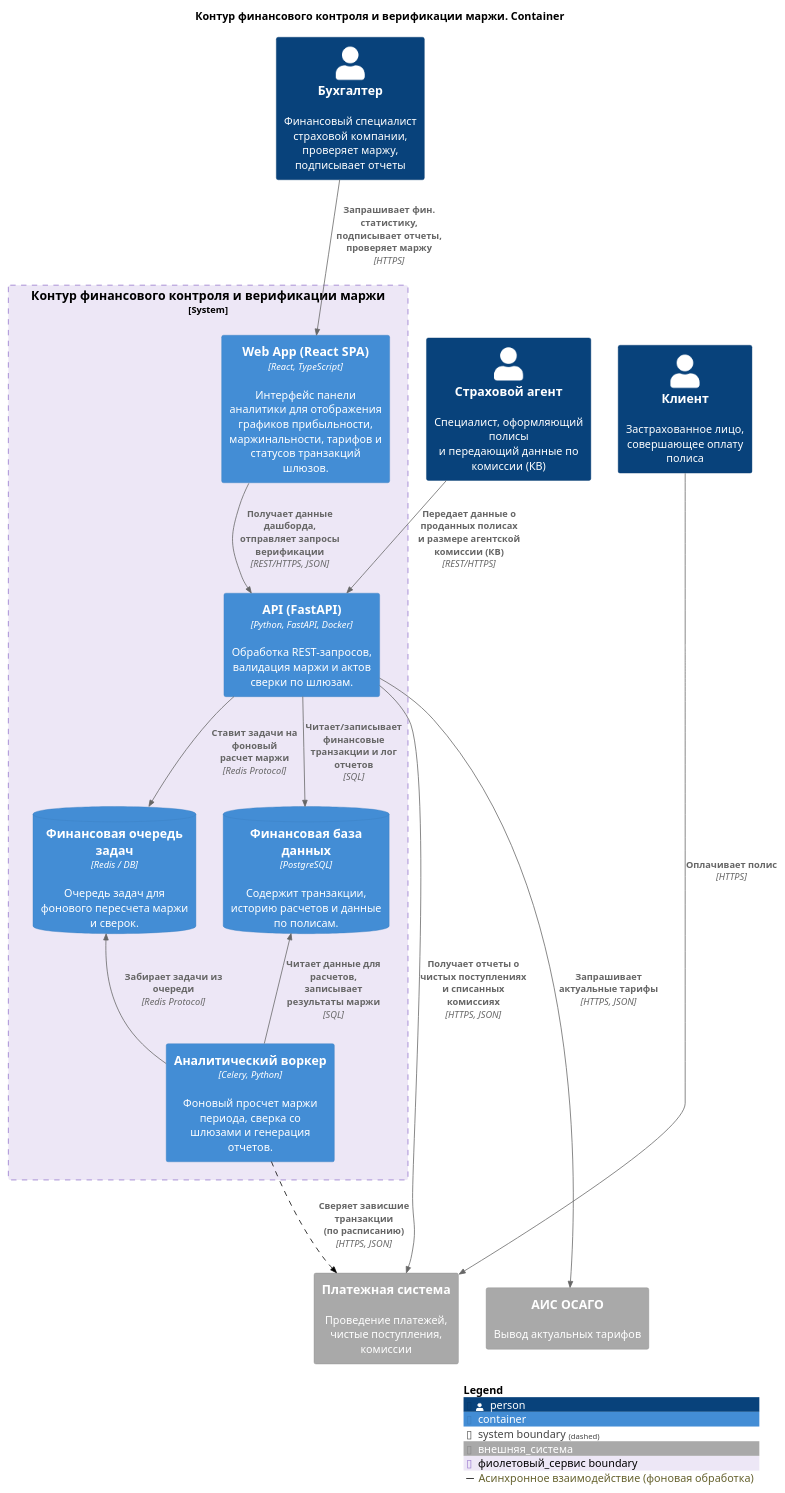
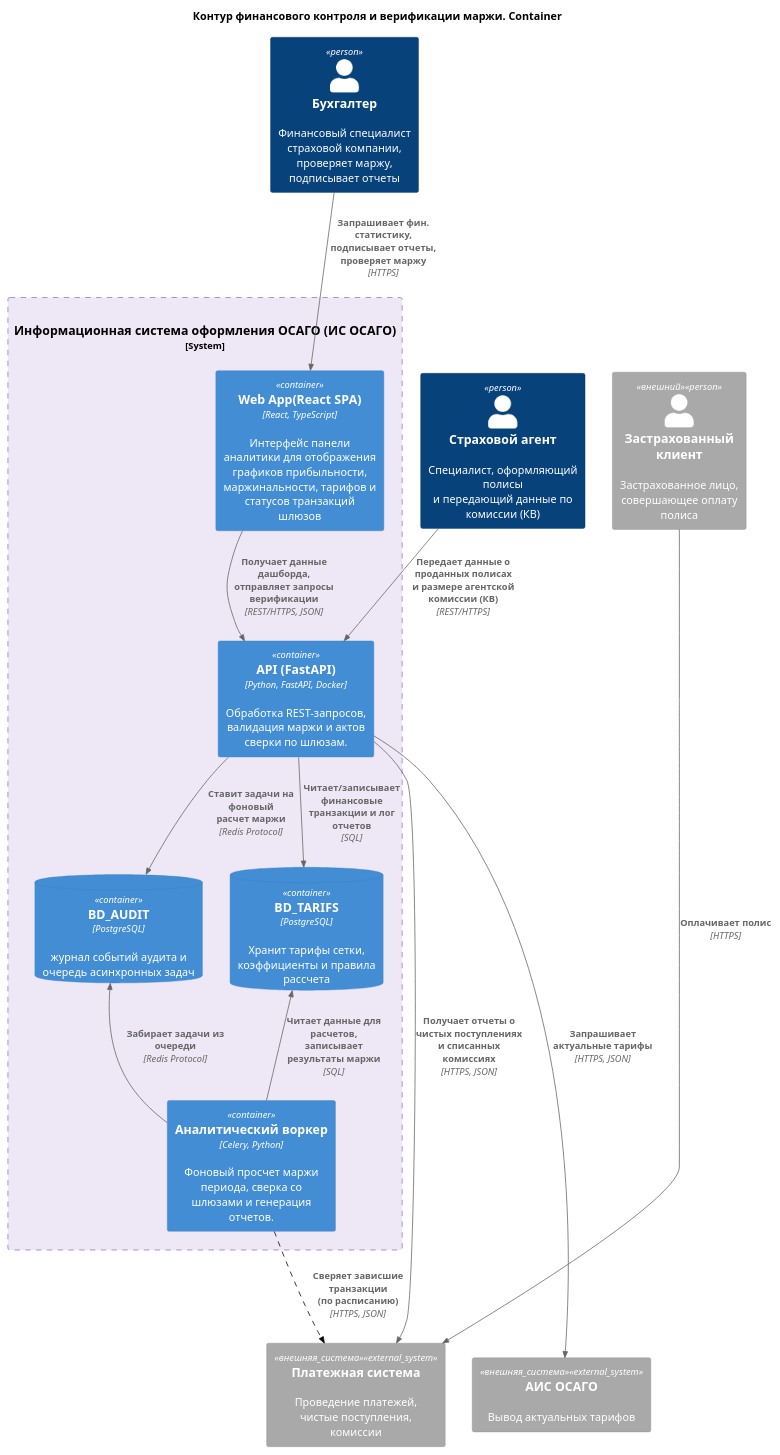
Before and after one commit to ElectricLight-ELO/Insurance-system: the diagram in docs_and_diagrams/Misha/container.puml, drawn with PlantUML.

Commit message:
brusghalter
yes

```diff
--- a/docs_and_diagrams/Misha/container.puml
+++ b/docs_and_diagrams/Misha/container.puml
@@ -1,73 +1,70 @@
 @startuml
 !include https://raw.githubusercontent.com/plantuml-stdlib/C4-PlantUML/master/C4_Container.puml
 
 title Контур финансового контроля и верификации маржи. Container
 
 ' === НАСТРОЙКА ЦВЕТОВ ===
 AddSystemTag("внешняя_система", $bgColor="#A9A9A9", $borderColor="#8A8A8A", $fontColor="#FFFFFF")
 AddBoundaryTag("фиолетовый_сервис", $bgColor="#EDE7F6", $borderColor="#9575CD", $fontColor="#000000")
 AddRelTag("пунктир", $lineStyle=DashedLine(), $lineColor="#000000", $legendText="Асинхронное взаимодействие (фоновая обработка)")
 
+AddPersonTag("внешний", $bgColor="#A9A9A9", $borderColor="#8A8A8A", $fontColor="#FFFFFF")
+AddSystemTag("внешняя_система", $bgColor="#A9A9A9", $borderColor="#8A8A8A", $fontColor="#FFFFFF")
+
 ' === ЭЛЕМЕНТЫ (Три актора) ===
 Person(accountant, "Бухгалтер", "Финансовый специалист страховой компании,\nпроверяет маржу, подписывает отчеты")
 Person(agent, "Страховой агент", "Специалист, оформляющий полисы\nи передающий данные по комиссии (КВ)")
-Person(client, "Клиент", "Застрахованное лицо,\nсовершающее оплату полиса")
+Person(client, "Застрахованный клиент", "Застрахованное лицо,\nсовершающее оплату полиса", $tags="внешний")
 
-System_Boundary(finance_service, "Контур финансового контроля и верификации маржи", $tags="фиолетовый_сервис") {
-
-    Container(web_app, "Web App (React SPA)", "React, TypeScript", "Интерфейс панели аналитики для отображения графиков прибыльности, маржинальности, тарифов и статусов транзакций шлюзов.")
-
+System_Boundary(finance_service, "Информационная система оформления ОСАГО (ИС ОСАГО)", $tags="фиолетовый_сервис") {
+    Container(web_app, "Web App(React SPA)", "React, TypeScript", "Интерфейс панели аналитики для отображения графиков прибыльности, маржинальности, тарифов и статусов транзакций шлюзов")
     Container(api, "API (FastAPI)", "Python, FastAPI, Docker", "Обработка REST-запросов, валидация маржи и актов сверки по шлюзам.")
-
-    ContainerDb(database, "Финансовая база данных", "PostgreSQL", "Содержит транзакции, историю расчетов и данные по полисам.")
-
-    ContainerDb(queue_db, "Финансовая очередь задач", "Redis / DB", "Очередь задач для фонового пересчета маржи и сверок.")
-
+    ContainerDb(database, "BD_TARIFS", "PostgreSQL", "Хранит тарифы сетки, коэффициенты и правила рассчета")
+    ContainerDb(queue_db, "BD_AUDIT", "PostgreSQL", "журнал событий аудита и очередь асинхронных задач")
     Container(worker, "Аналитический воркер", "Celery, Python", "Фоновый просчет маржи периода, сверка со шлюзами и генерация отчетов.")
 }
 
 ' Внешние системы (серые, внизу)
 System_Ext(payment_sys, "Платежная система", "Проведение платежей, чистые поступления, комиссии", $tags="внешняя_система")
 System_Ext(ais_osago, "АИС ОСАГО", "Вывод актуальных тарифов", $tags="внешняя_система")
 
 ' === СВЯЗИ ===
 
 ' Персоны -> Система
 Rel(accountant, web_app, "Запрашивает фин. статистику,\nподписывает отчеты, проверяет маржу", "HTTPS")
 Rel(agent, api, "Передает данные о проданных полисах\nи размере агентской комиссии (КВ)", "REST/HTTPS")
 Rel(client, payment_sys, "Оплачивает полис", "HTTPS")
 
 ' Фронтенд -> API
 Rel(web_app, api, "Получает данные дашборда,\nотправляет запросы верификации", "REST/HTTPS, JSON")
 
 ' API -> внутренние хранилища
 Rel(api, database, "Читает/записывает финансовые\nтранзакции и лог отчетов", "SQL")
 Rel(api, queue_db, "Ставит задачи на фоновый\nрасчет маржи", "Redis Protocol")
 
 ' API -> внешние системы (синхронно)
 Rel(api, payment_sys, "Получает отчеты о чистых поступлениях\nи списанных комиссиях", "HTTPS, JSON")
 Rel(api, ais_osago, "Запрашивает актуальные тарифы", "HTTPS, JSON")
 
 ' Worker -> внутренние хранилища
 Rel(worker, queue_db, "Забирает задачи из очереди", "Redis Protocol")
 Rel(worker, database, "Читает данные для расчетов,\nзаписывает результаты маржи", "SQL")
 
 ' Worker -> внешние системы (асинхронно, пунктир)
 Rel(worker, payment_sys, "Сверяет зависшие транзакции\n(по расписанию)", "HTTPS, JSON", $tags="пунктир")
 
 ' === УПРАВЛЕНИЕ LAYOUT (скрытые связи) ===
 
 accountant -[hidden]right- agent
 agent -[hidden]right- client
 
 accountant -[hidden]down- web_app
 web_app -[hidden]down- api
 api -[hidden]down- queue_db
 database -[hidden]right- queue_db
 queue_db -[hidden]down- worker
 
 finance_service -[hidden]down- payment_sys
 payment_sys -[hidden]right- ais_osago
 
-SHOW_LEGEND()
 @enduml
```
